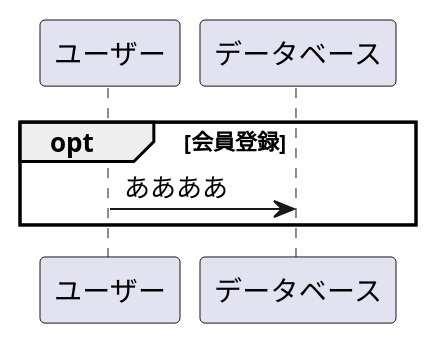
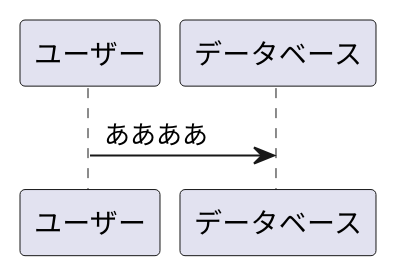
One commit to Aso2001385/2021sys-design changed the diagram in sample/OperationFrow.md. Above: the diagram before and after it, drawn with PlantUML.

````diff
--- a/sample/OperationFrow.md
+++ b/sample/OperationFrow.md
@@ -1,9 +1,7 @@
 ```uml
 @startuml
 
-opt 会員登録
 ユーザー -> データベース : ああああ
-end
 
 @enduml
 ```
````
